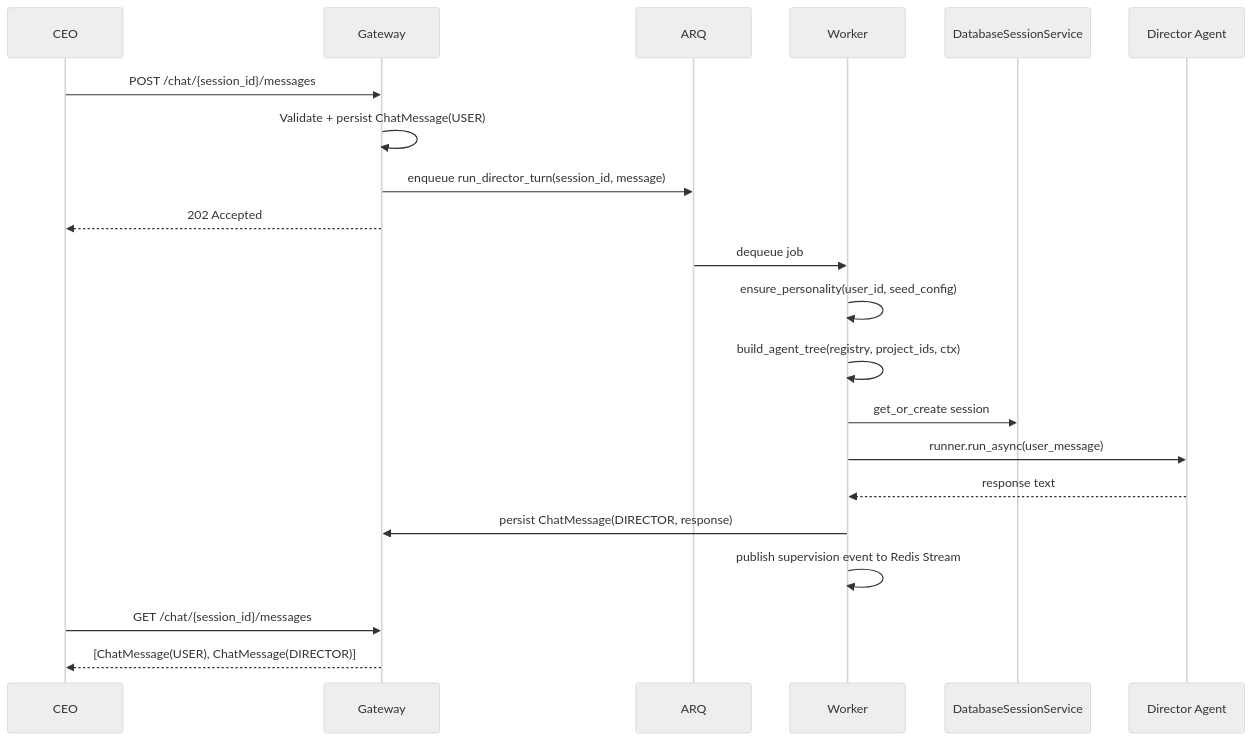
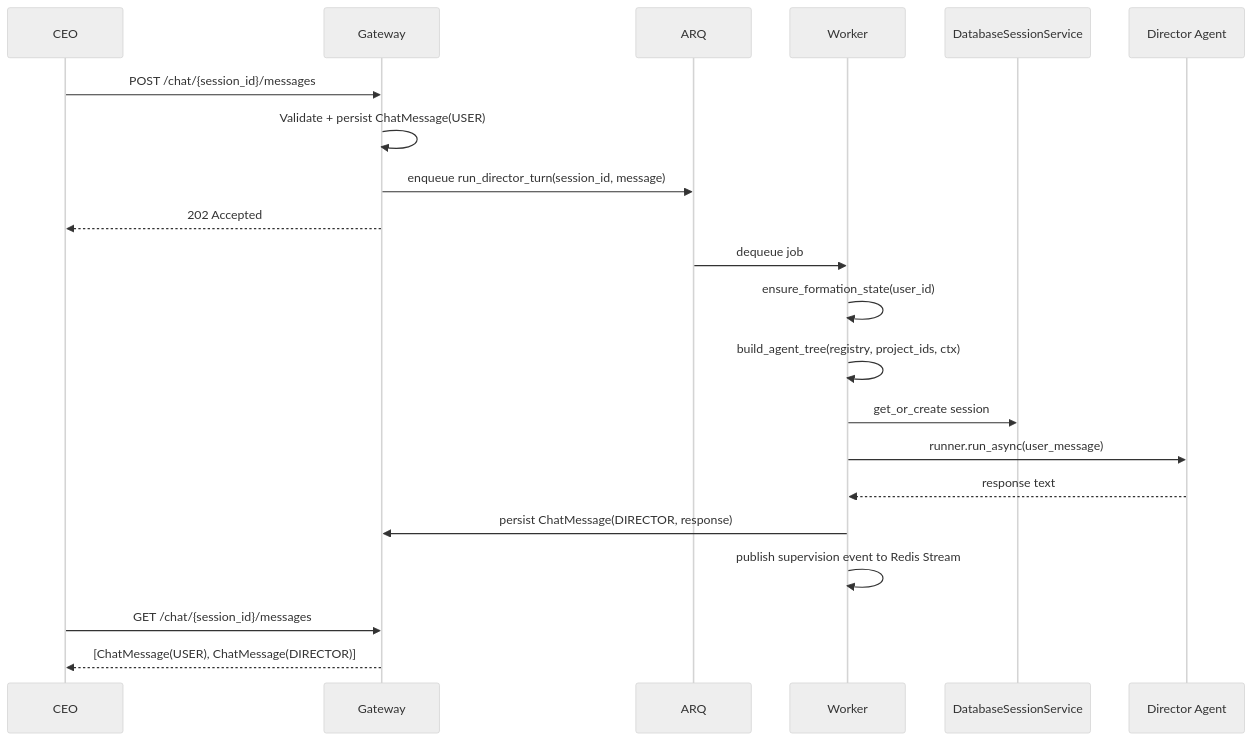
One commit to BechtelR/AutoBuilder changed the second of 7 diagrams in .dev/build-phase/phase-5b/model.md. Above: the diagram before and after it, drawn with Mermaid (neutral theme). The commit also changed other lines of this file and 15 other files, not shown here.

Commit message:
docs: Director + User identity impovements; rewrite architect identity, refine Phase 5b spec/model, propagate decision #68

````diff
--- a/.dev/build-phase/phase-5b/model.md
+++ b/.dev/build-phase/phase-5b/model.md
@@ -446,26 +476,26 @@
 ```mermaid
 sequenceDiagram
     participant CEO
     participant Gateway
     participant ARQ
     participant Worker
     participant SessionSvc as DatabaseSessionService
     participant Director as Director Agent
 
     CEO->>Gateway: POST /chat/{session_id}/messages
     Gateway->>Gateway: Validate + persist ChatMessage(USER)
     Gateway->>ARQ: enqueue run_director_turn(session_id, message)
     Gateway-->>CEO: 202 Accepted
 
     ARQ->>Worker: dequeue job
-    Worker->>Worker: ensure_personality(user_id, seed_config)
+    Worker->>Worker: ensure_formation_state(user_id)
     Worker->>Worker: build_agent_tree(registry, project_ids, ctx)
     Worker->>SessionSvc: get_or_create session
     Worker->>Director: runner.run_async(user_message)
     Director-->>Worker: response text
     Worker->>Gateway: persist ChatMessage(DIRECTOR, response)
     Worker->>Worker: publish supervision event to Redis Stream
 
     CEO->>Gateway: GET /chat/{session_id}/messages
     Gateway-->>CEO: [ChatMessage(USER), ChatMessage(DIRECTOR)]
 ```
````
